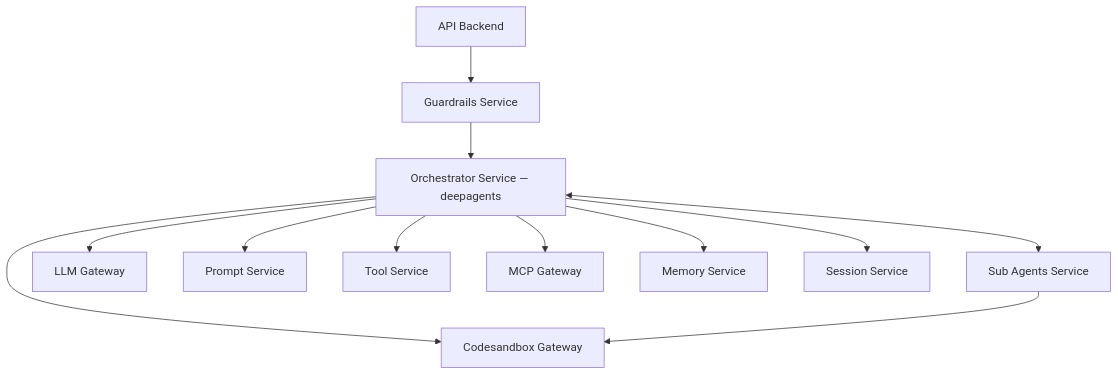
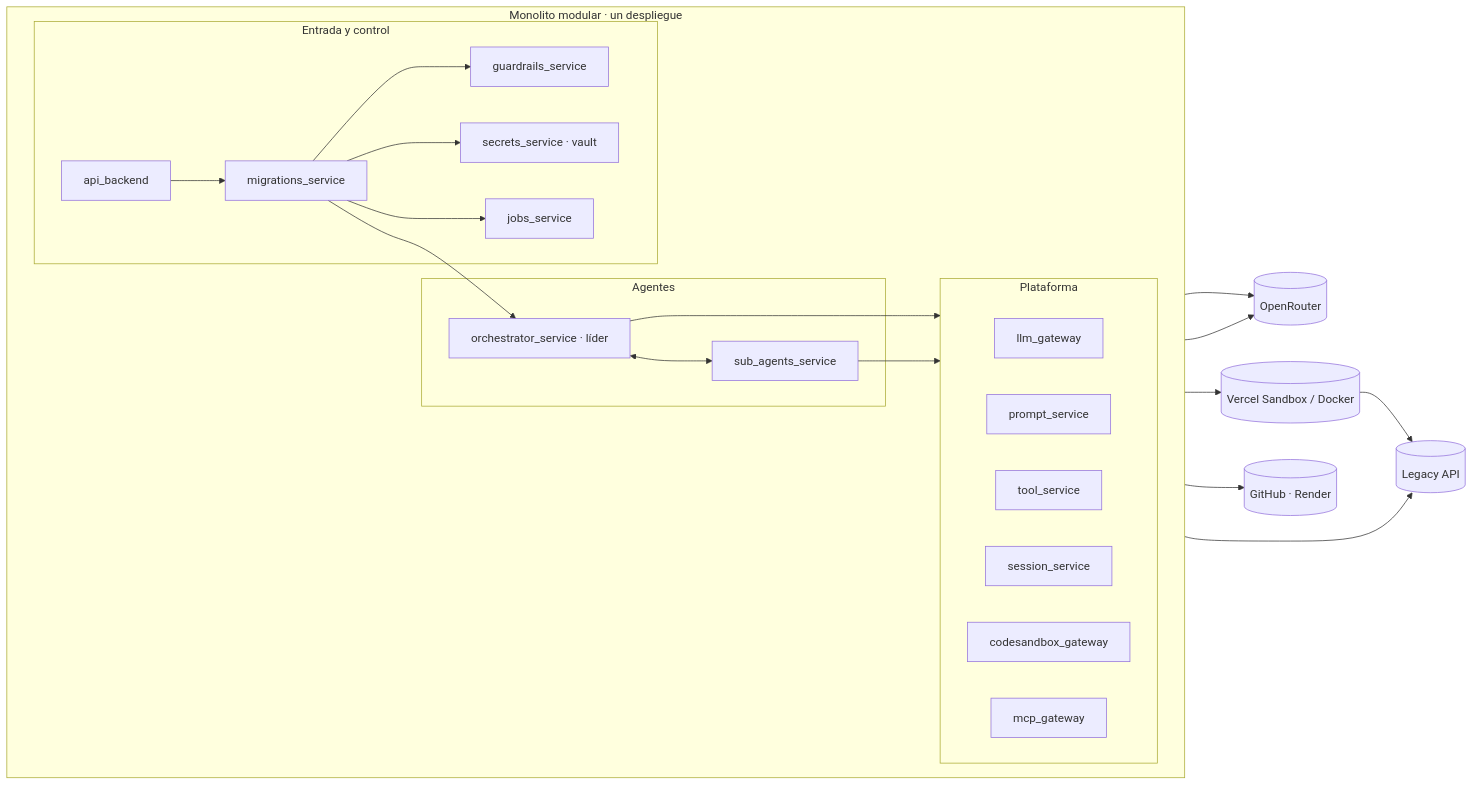
The diagram in README.md (bryan-duarte/hackathon-anonymous-oct), drawn with Mermaid before and after one commit. The commit also changed other lines of this file, not shown here.

First line of the commit message:
docs: rewrite README with architecture principles and migration flow

````diff
--- a/README.md
+++ b/README.md
@@ -27,18 +55,32 @@
 ```mermaid
-flowchart TD
-    API[API Backend] --> GRD[Guardrails Service]
-    GRD --> ORC[Orchestrator Service — deepagents]
-
-    ORC <--> SUB[Sub Agents Service]
-
-    ORC --> LLM[LLM Gateway]
-    ORC --> PRM[Prompt Service]
-    ORC --> TLS[Tool Service]
-    ORC --> MCP[MCP Gateway]
-
-    ORC --> MEM[Memory Service]
-    ORC --> SES[Session Service]
-
-    ORC --> SBX[Codesandbox Gateway]
-    SUB --> SBX
+flowchart LR
+    subgraph MONO["Monolito modular · un despliegue"]
+        direction LR
+        subgraph IN["Entrada y control"]
+            API[api_backend] --> MIG[migrations_service]
+            MIG --> GRD[guardrails_service]
+            MIG --> VLT[secrets_service · vault]
+            MIG --> JOB[jobs_service]
+        end
+        subgraph AG["Agentes"]
+            ORC[orchestrator_service · líder] <--> SUB[sub_agents_service]
+        end
+        subgraph PLAT["Plataforma"]
+            LLM[llm_gateway]
+            PRM[prompt_service]
+            TLS[tool_service]
+            SES[session_service]
+            SBX[codesandbox_gateway]
+            MCP[mcp_gateway]
+        end
+        MIG --> ORC
+        ORC --> PLAT
+        SUB --> PLAT
+    end
+    LLM --> OR[(OpenRouter)]
+    GRD --> OR
+    SBX --> VS[(Vercel Sandbox / Docker)]
+    TLS --> LEG[(Legacy API)]
+    VS --> LEG
+    MCP --> GH[(GitHub · Render)]
 ```
````
